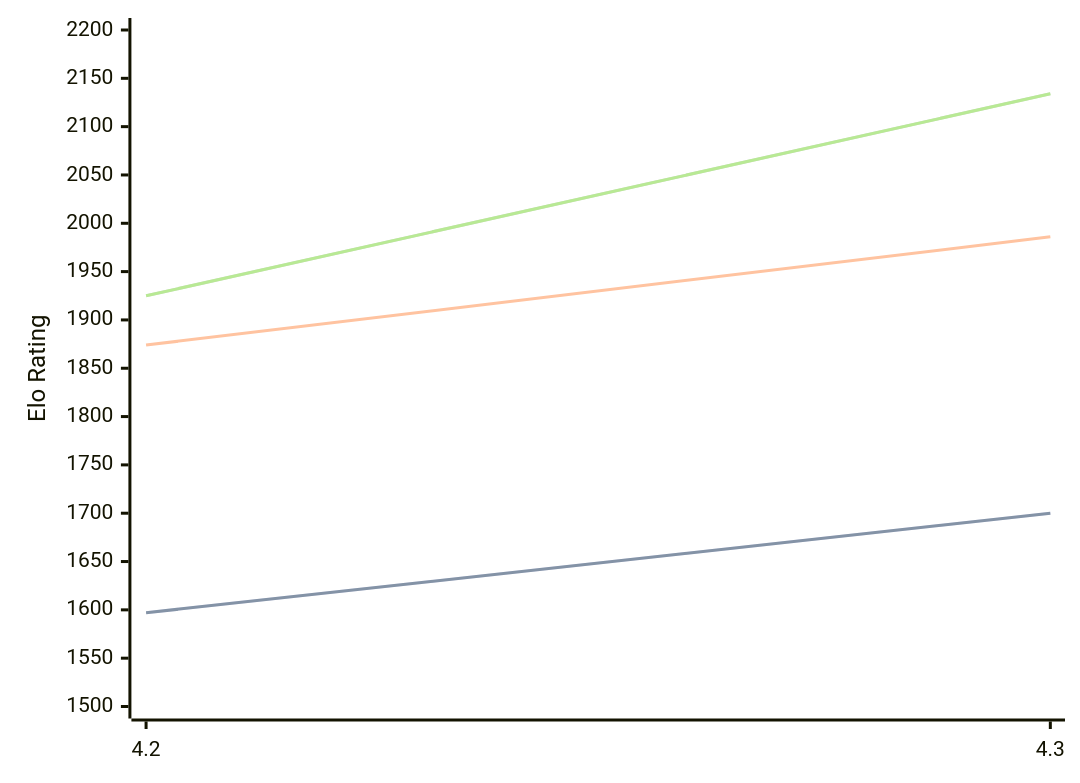
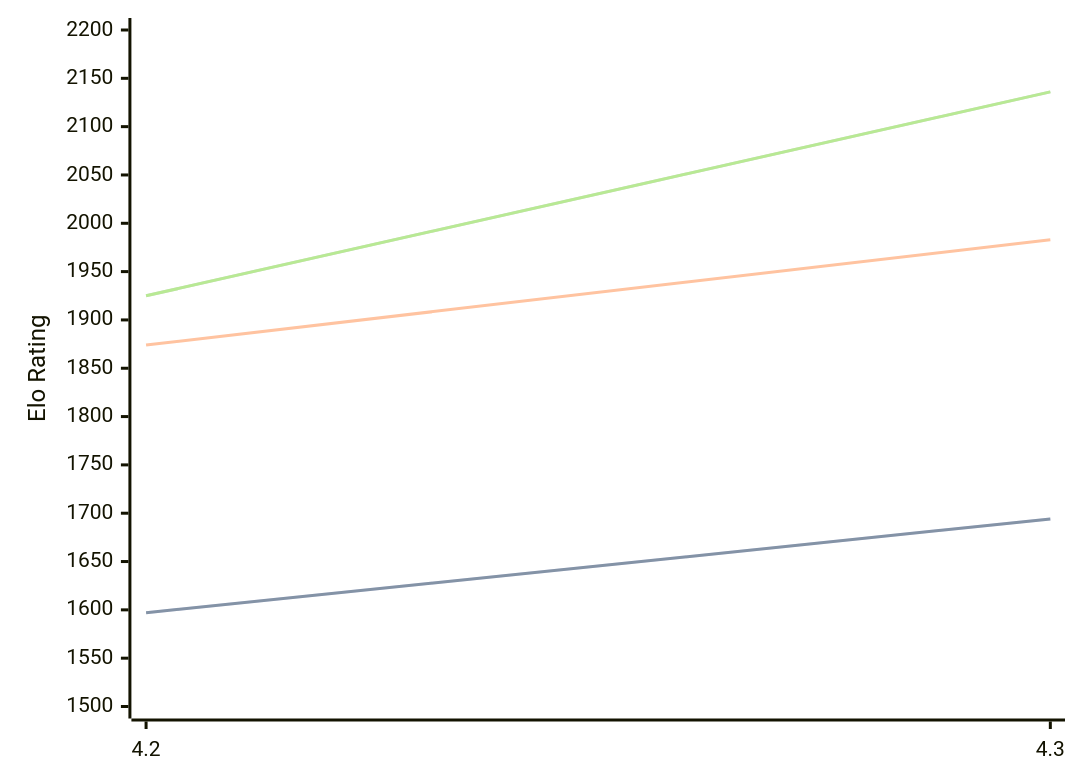
The diagram in engines/Radiance.md (computer-chess-index/cci), drawn with Mermaid before and after one commit. The commit also changed other lines of this file, not shown here.

Commit message:
Update CCI Ratings (ELO VLTC) - 2026-04-22

````diff
--- a/engines/Radiance.md
+++ b/engines/Radiance.md
@@ -35,11 +35,11 @@
 ```mermaid
 %%{init: {"theme":"base","themeVariables":{"seriesColors:['#a3a3a3','#222221','#faa371']}}}%%
 xychart-beta
   x-axis ["4.2", "4.3"]
   y-axis "Elo Rating" 1500 --> 2200
-  line "STC (8.0+0.08s)" [1597, 1700]
-  line "STC (8.0+0.08s)" [1597, 1700]
-  line "LTC (60.0+0.60s)" [1874, 1986]
-  line "VLTC (2m24s+1.12s)" [1925, 2134]
-  line "VLTC (2m24s+1.12s)" [1925, 2134]
+  line "STC (8.0+0.08s)" [1597, 1694]
+  line "STC (8.0+0.08s)" [1597, 1694]
+  line "LTC (60.0+0.60s)" [1874, 1983]
+  line "VLTC (2m24s+1.12s)" [1925, 2136]
+  line "VLTC (2m24s+1.12s)" [1925, 2136]
 ```
````
